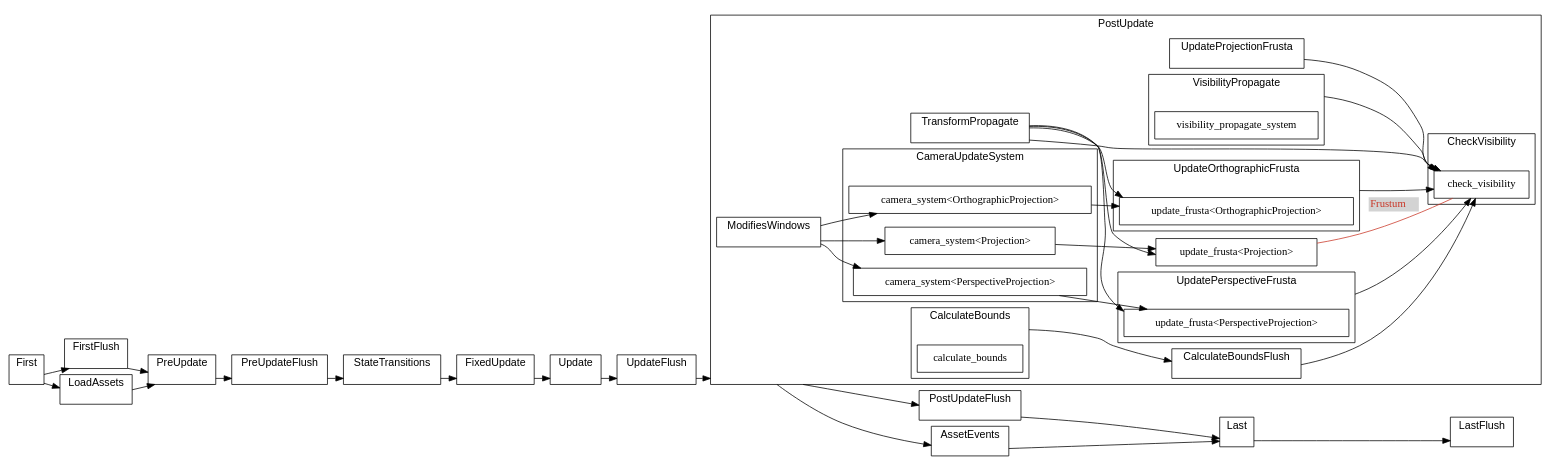
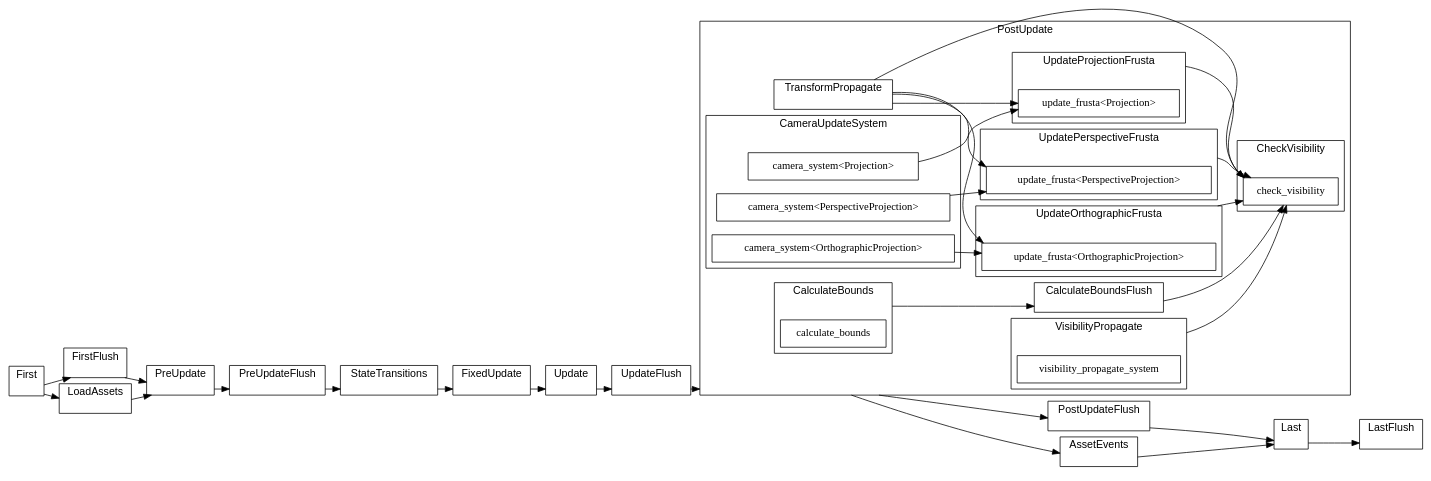
One commit to jakobhellermann/bevy_mod_debugdump changed the diagram in docs/by-crate/light/schedule_Main_bevy_render.dot. Above: the diagram before and after it, drawn with Graphviz. The commit also changed 35 other files, not shown here.

```diff
--- a/docs/by-crate/light/schedule_Main_bevy_render.dot
+++ b/docs/by-crate/light/schedule_Main_bevy_render.dot
@@ -1,194 +1,184 @@
 digraph "schedule" {
 	"compound"="true";
 	"splines"="spline";
 	"rankdir"="LR";
 	"bgcolor"="white";
 	"fontname"="Helvetica";
 	node ["shape"="box", "style"="filled", "fillcolor"="white", "color"="black"];
 	edge ["color"="black"];
 	subgraph "clusternode_Set(0)" {
 		"label"="Update";
 		"bgcolor"="white";
 		"set_marker_node_Set(0)" ["style"="invis", "label"="", "height"="0", "shape"="point"]
 	}
 	
 	subgraph "clusternode_Set(2)" {
 		"label"="FirstFlush";
 		"bgcolor"="white";
 		"set_marker_node_Set(2)" ["style"="invis", "label"="", "height"="0", "shape"="point"]
 	}
 	
 	subgraph "clusternode_Set(3)" {
 		"label"="PreUpdateFlush";
 		"bgcolor"="white";
 		"set_marker_node_Set(3)" ["style"="invis", "label"="", "height"="0", "shape"="point"]
 	}
 	
 	subgraph "clusternode_Set(4)" {
 		"label"="UpdateFlush";
 		"bgcolor"="white";
 		"set_marker_node_Set(4)" ["style"="invis", "label"="", "height"="0", "shape"="point"]
 	}
 	
 	subgraph "clusternode_Set(5)" {
 		"label"="PostUpdateFlush";
 		"bgcolor"="white";
 		"set_marker_node_Set(5)" ["style"="invis", "label"="", "height"="0", "shape"="point"]
 	}
 	
 	subgraph "clusternode_Set(6)" {
 		"label"="LastFlush";
 		"bgcolor"="white";
 		"set_marker_node_Set(6)" ["style"="invis", "label"="", "height"="0", "shape"="point"]
 	}
 	
 	subgraph "clusternode_Set(7)" {
 		"label"="First";
 		"bgcolor"="white";
 		"set_marker_node_Set(7)" ["style"="invis", "label"="", "height"="0", "shape"="point"]
 	}
 	
 	subgraph "clusternode_Set(8)" {
 		"label"="PreUpdate";
 		"bgcolor"="white";
 		"set_marker_node_Set(8)" ["style"="invis", "label"="", "height"="0", "shape"="point"]
 	}
 	
 	subgraph "clusternode_Set(9)" {
 		"label"="StateTransitions";
 		"bgcolor"="white";
 		"set_marker_node_Set(9)" ["style"="invis", "label"="", "height"="0", "shape"="point"]
 	}
 	
 	subgraph "clusternode_Set(10)" {
 		"label"="FixedUpdate";
 		"bgcolor"="white";
 		"set_marker_node_Set(10)" ["style"="invis", "label"="", "height"="0", "shape"="point"]
 	}
 	
 	subgraph "clusternode_Set(11)" {
 		"label"="PostUpdate";
 		"bgcolor"="white";
 		"set_marker_node_Set(11)" ["style"="invis", "label"="", "height"="0", "shape"="point"]
 		subgraph "clusternode_Set(20)" {
 			"label"="TransformPropagate";
 			"bgcolor"="white";
 			"set_marker_node_Set(20)" ["style"="invis", "label"="", "height"="0", "shape"="point"]
 		}
 		
-		subgraph "clusternode_Set(70)" {
-			"label"="ModifiesWindows";
-			"bgcolor"="white";
-			"set_marker_node_Set(70)" ["style"="invis", "label"="", "height"="0", "shape"="point"]
-		}
-		
-		subgraph "clusternode_Set(77)" {
+		subgraph "clusternode_Set(76)" {
 			"label"="CameraUpdateSystem";
 			"bgcolor"="white";
-			"set_marker_node_Set(77)" ["style"="invis", "label"="", "height"="0", "shape"="point"]
+			"set_marker_node_Set(76)" ["style"="invis", "label"="", "height"="0", "shape"="point"]
 			"node_System(63)" ["label"="camera_system<Projection>"]
 			"node_System(64)" ["label"="camera_system<OrthographicProjection>"]
 			"node_System(65)" ["label"="camera_system<PerspectiveProjection>"]
 		}
 		
-		subgraph "clusternode_Set(81)" {
+		subgraph "clusternode_Set(80)" {
 			"label"="CalculateBounds";
 			"bgcolor"="white";
-			"set_marker_node_Set(81)" ["style"="invis", "label"="", "height"="0", "shape"="point"]
+			"set_marker_node_Set(80)" ["style"="invis", "label"="", "height"="0", "shape"="point"]
 			"node_System(67)" ["label"="calculate_bounds"]
 		}
 		
-		subgraph "clusternode_Set(82)" {
+		subgraph "clusternode_Set(81)" {
 			"label"="CalculateBoundsFlush";
 			"bgcolor"="white";
+			"set_marker_node_Set(81)" ["style"="invis", "label"="", "height"="0", "shape"="point"]
+		}
+		
+		subgraph "clusternode_Set(82)" {
+			"label"="UpdateOrthographicFrusta";
+			"bgcolor"="white";
 			"set_marker_node_Set(82)" ["style"="invis", "label"="", "height"="0", "shape"="point"]
+			"node_System(68)" ["label"="update_frusta<OrthographicProjection>"]
 		}
 		
 		subgraph "clusternode_Set(83)" {
-			"label"="UpdateOrthographicFrusta";
+			"label"="UpdatePerspectiveFrusta";
 			"bgcolor"="white";
 			"set_marker_node_Set(83)" ["style"="invis", "label"="", "height"="0", "shape"="point"]
-			"node_System(68)" ["label"="update_frusta<OrthographicProjection>"]
+			"node_System(69)" ["label"="update_frusta<PerspectiveProjection>"]
 		}
 		
 		subgraph "clusternode_Set(84)" {
-			"label"="UpdatePerspectiveFrusta";
+			"label"="UpdateProjectionFrusta";
 			"bgcolor"="white";
 			"set_marker_node_Set(84)" ["style"="invis", "label"="", "height"="0", "shape"="point"]
-			"node_System(69)" ["label"="update_frusta<PerspectiveProjection>"]
+			"node_System(70)" ["label"="update_frusta<Projection>"]
 		}
 		
 		subgraph "clusternode_Set(85)" {
-			"label"="UpdateProjectionFrusta";
+			"label"="CheckVisibility";
 			"bgcolor"="white";
 			"set_marker_node_Set(85)" ["style"="invis", "label"="", "height"="0", "shape"="point"]
+			"node_System(72)" ["label"="check_visibility"]
 		}
 		
 		subgraph "clusternode_Set(86)" {
-			"label"="CheckVisibility";
+			"label"="VisibilityPropagate";
 			"bgcolor"="white";
 			"set_marker_node_Set(86)" ["style"="invis", "label"="", "height"="0", "shape"="point"]
-			"node_System(72)" ["label"="check_visibility"]
-		}
-		
-		subgraph "clusternode_Set(87)" {
-			"label"="VisibilityPropagate";
-			"bgcolor"="white";
-			"set_marker_node_Set(87)" ["style"="invis", "label"="", "height"="0", "shape"="point"]
 			"node_System(71)" ["label"="visibility_propagate_system"]
 		}
 		
-		"node_System(70)" ["label"="update_frusta<Projection>"]
 	}
 	
 	subgraph "clusternode_Set(12)" {
 		"label"="Last";
 		"bgcolor"="white";
 		"set_marker_node_Set(12)" ["style"="invis", "label"="", "height"="0", "shape"="point"]
 	}
 	
 	subgraph "clusternode_Set(58)" {
 		"label"="LoadAssets";
 		"bgcolor"="white";
 		"set_marker_node_Set(58)" ["style"="invis", "label"="", "height"="0", "shape"="point"]
 	}
 	
 	subgraph "clusternode_Set(59)" {
 		"label"="AssetEvents";
 		"bgcolor"="white";
 		"set_marker_node_Set(59)" ["style"="invis", "label"="", "height"="0", "shape"="point"]
 	}
 	
 	"set_marker_node_Set(7)" -> "set_marker_node_Set(2)" ["lhead"="clusternode_Set(2)", "ltail"="clusternode_Set(7)"]
 	"set_marker_node_Set(2)" -> "set_marker_node_Set(8)" ["lhead"="clusternode_Set(8)", "ltail"="clusternode_Set(2)"]
 	"set_marker_node_Set(8)" -> "set_marker_node_Set(3)" ["lhead"="clusternode_Set(3)", "ltail"="clusternode_Set(8)"]
 	"set_marker_node_Set(3)" -> "set_marker_node_Set(9)" ["lhead"="clusternode_Set(9)", "ltail"="clusternode_Set(3)"]
 	"set_marker_node_Set(9)" -> "set_marker_node_Set(10)" ["lhead"="clusternode_Set(10)", "ltail"="clusternode_Set(9)"]
 	"set_marker_node_Set(10)" -> "set_marker_node_Set(0)" ["lhead"="clusternode_Set(0)", "ltail"="clusternode_Set(10)"]
 	"set_marker_node_Set(0)" -> "set_marker_node_Set(4)" ["lhead"="clusternode_Set(4)", "ltail"="clusternode_Set(0)"]
 	"set_marker_node_Set(4)" -> "set_marker_node_Set(11)" ["lhead"="clusternode_Set(11)", "ltail"="clusternode_Set(4)"]
 	"set_marker_node_Set(11)" -> "set_marker_node_Set(5)" ["lhead"="clusternode_Set(5)", "ltail"="clusternode_Set(11)"]
 	"set_marker_node_Set(5)" -> "set_marker_node_Set(12)" ["lhead"="clusternode_Set(12)", "ltail"="clusternode_Set(5)"]
 	"set_marker_node_Set(12)" -> "set_marker_node_Set(6)" ["lhead"="clusternode_Set(6)", "ltail"="clusternode_Set(12)"]
 	"set_marker_node_Set(58)" -> "set_marker_node_Set(8)" ["lhead"="clusternode_Set(8)", "ltail"="clusternode_Set(58)"]
 	"set_marker_node_Set(7)" -> "set_marker_node_Set(58)" ["lhead"="clusternode_Set(58)", "ltail"="clusternode_Set(7)"]
 	"set_marker_node_Set(11)" -> "set_marker_node_Set(59)" ["lhead"="clusternode_Set(59)", "ltail"="clusternode_Set(11)"]
 	"set_marker_node_Set(59)" -> "set_marker_node_Set(12)" ["lhead"="clusternode_Set(12)", "ltail"="clusternode_Set(59)"]
-	"set_marker_node_Set(70)" -> "node_System(63)" ["lhead"="", "ltail"="clusternode_Set(70)"]
-	"set_marker_node_Set(70)" -> "node_System(64)" ["lhead"="", "ltail"="clusternode_Set(70)"]
-	"set_marker_node_Set(70)" -> "node_System(65)" ["lhead"="", "ltail"="clusternode_Set(70)"]
-	"set_marker_node_Set(81)" -> "set_marker_node_Set(82)" ["lhead"="clusternode_Set(82)", "ltail"="clusternode_Set(81)"]
+	"set_marker_node_Set(80)" -> "set_marker_node_Set(81)" ["lhead"="clusternode_Set(81)", "ltail"="clusternode_Set(80)"]
 	"node_System(64)" -> "node_System(68)" ["lhead"="", "ltail"=""]
 	"set_marker_node_Set(20)" -> "node_System(68)" ["lhead"="", "ltail"="clusternode_Set(20)"]
 	"node_System(65)" -> "node_System(69)" ["lhead"="", "ltail"=""]
 	"set_marker_node_Set(20)" -> "node_System(69)" ["lhead"="", "ltail"="clusternode_Set(20)"]
 	"node_System(63)" -> "node_System(70)" ["lhead"="", "ltail"=""]
 	"set_marker_node_Set(20)" -> "node_System(70)" ["lhead"="", "ltail"="clusternode_Set(20)"]
+	"set_marker_node_Set(81)" -> "node_System(72)" ["lhead"="", "ltail"="clusternode_Set(81)"]
 	"set_marker_node_Set(82)" -> "node_System(72)" ["lhead"="", "ltail"="clusternode_Set(82)"]
 	"set_marker_node_Set(83)" -> "node_System(72)" ["lhead"="", "ltail"="clusternode_Set(83)"]
 	"set_marker_node_Set(84)" -> "node_System(72)" ["lhead"="", "ltail"="clusternode_Set(84)"]
-	"set_marker_node_Set(85)" -> "node_System(72)" ["lhead"="", "ltail"="clusternode_Set(85)"]
-	"set_marker_node_Set(87)" -> "node_System(72)" ["lhead"="", "ltail"="clusternode_Set(87)"]
+	"set_marker_node_Set(86)" -> "node_System(72)" ["lhead"="", "ltail"="clusternode_Set(86)"]
 	"set_marker_node_Set(20)" -> "node_System(72)" ["lhead"="", "ltail"="clusternode_Set(20)"]
-	"node_System(70)" -> "node_System(72)" ["dir"="none", "constraint"="false", "color"="#c93526", "fontcolor"="#c93526", "label"=<<table border="0" cellborder="0"><tr><td bgcolor="#d3d3d3">Frustum</td></tr></table>>, "labeltooltip"="update_frusta<Projection> -- check_visibility"]
 }
```
